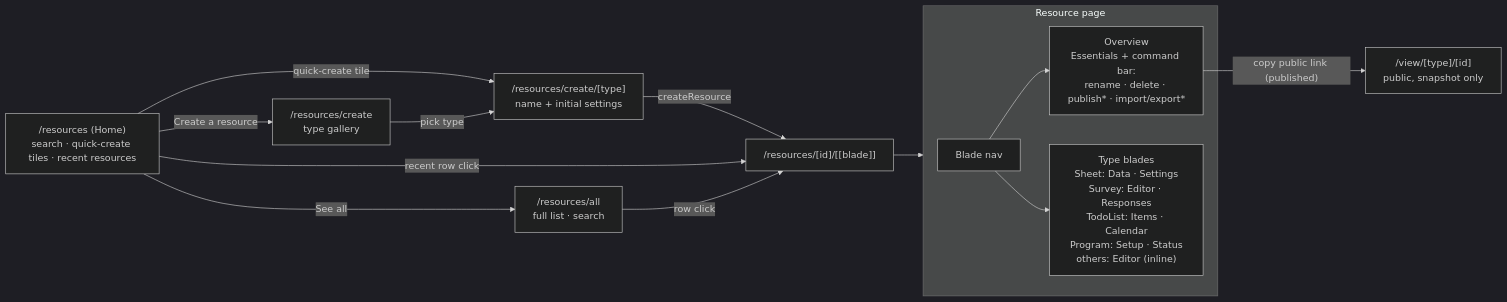
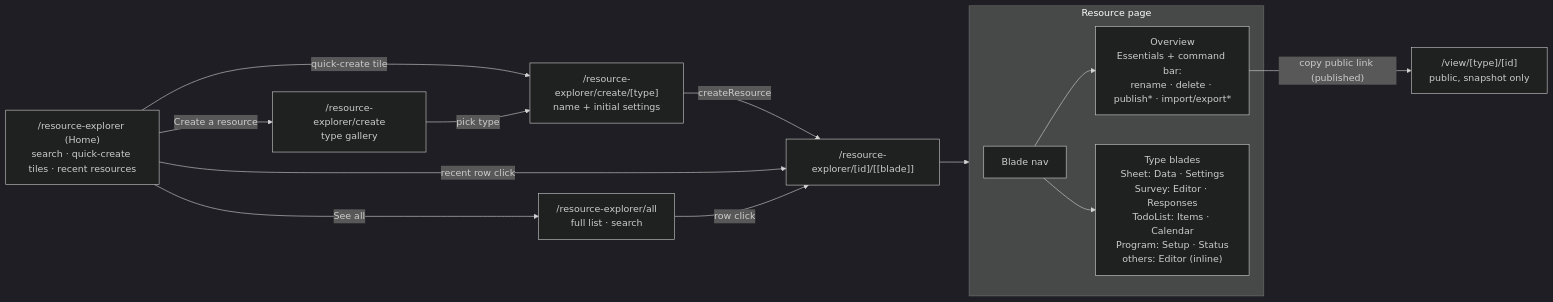
Before and after one commit to Esposter/Esposter: the first of 3 diagrams in packages/app/content/docs/platform/resource-explorer.md, drawn with Mermaid (dark theme). The commit also changed other lines of this file and 63 other files, not shown here.

````diff
--- a/packages/app/content/docs/platform/resource-explorer.md
+++ b/packages/app/content/docs/platform/resource-explorer.md
@@ -38,19 +38,19 @@
 ```mermaid
 flowchart LR
-  HOME["/resources (Home)<br/>search · quick-create tiles · recent resources"]
-  HOME -->|See all| ALL["/resources/all<br/>full list · search"]
-  HOME -->|Create a resource| CREATE["/resources/create<br/>type gallery"]
-  HOME -->|quick-create tile| CFORM["/resources/create/[type]<br/>name + initial settings"]
+  HOME["/resource-explorer (Home)<br/>search · quick-create tiles · recent resources"]
+  HOME -->|See all| ALL["/resource-explorer/all<br/>full list · search"]
+  HOME -->|Create a resource| CREATE["/resource-explorer/create<br/>type gallery"]
+  HOME -->|quick-create tile| CFORM["/resource-explorer/create/[type]<br/>name + initial settings"]
   CREATE -->|pick type| CFORM
-  CFORM -->|createResource| RES["/resources/[id]/[[blade]]"]
+  CFORM -->|createResource| RES["/resource-explorer/[id]/[[blade]]"]
   HOME -->|recent row click| RES
   ALL -->|row click| RES
 
   subgraph bladepage [Resource page]
     MENU["Blade nav"] --> OV["Overview<br/>Essentials + command bar:<br/>rename · delete · publish* · import/export*"]
     MENU --> TB["Type blades<br/>Sheet: Data · Settings<br/>Survey: Editor · Responses<br/>TodoList: Items · Calendar<br/>Program: Setup · Status<br/>others: Editor (inline)"]
   end
 
   RES --> bladepage
   OV -->|"copy public link (published)"| VIEW["/view/[type]/[id]<br/>public, snapshot only"]
 ```
````
